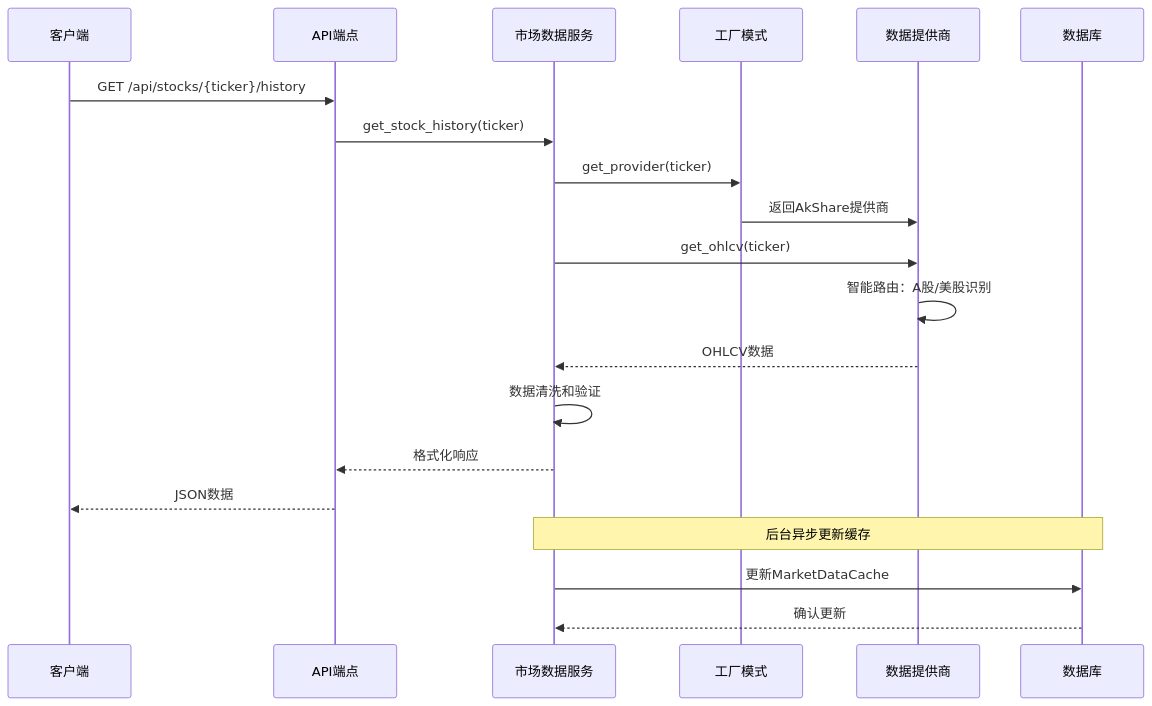
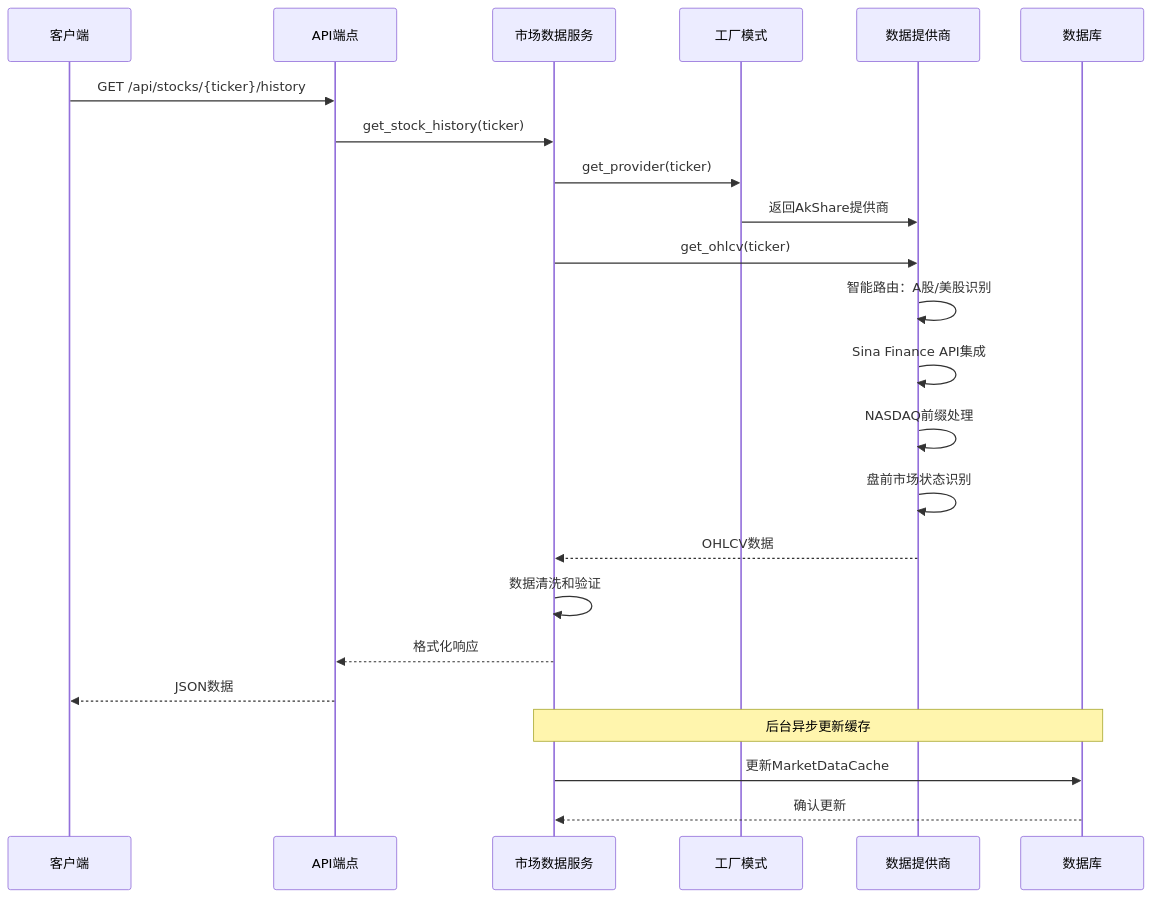
The fourth of 18 diagrams in .qoder/repowiki/zh/content/后端开发指南/业务服务实现/市场数据提供商架构.md (breeze-lyf/ai-stock-advisor), drawn with Mermaid before and after one commit. The commit also changed other lines of this file and 30 other files, not shown here.

````diff
--- a/.qoder/repowiki/zh/content/后端开发指南/业务服务实现/市场数据提供商架构.md
+++ b/.qoder/repowiki/zh/content/后端开发指南/业务服务实现/市场数据提供商架构.md
@@ -279,22 +284,25 @@
 ```mermaid
 sequenceDiagram
 participant Client as 客户端
 participant API as API端点
 participant Service as 市场数据服务
 participant Factory as 工厂模式
 participant Provider as 数据提供商
 participant DB as 数据库
 Client->>API : GET /api/stocks/{ticker}/history
 API->>Service : get_stock_history(ticker)
 Service->>Factory : get_provider(ticker)
 Factory->>Provider : 返回AkShare提供商
 Service->>Provider : get_ohlcv(ticker)
 Provider->>Provider : 智能路由：A股/美股识别
+Provider->>Provider : Sina Finance API集成
+Provider->>Provider : NASDAQ前缀处理
+Provider->>Provider : 盘前市场状态识别
 Provider-->>Service : OHLCV数据
 Service->>Service : 数据清洗和验证
 Service-->>API : 格式化响应
 API-->>Client : JSON数据
 Note over Service,DB : 后台异步更新缓存
 Service->>DB : 更新MarketDataCache
 DB-->>Service : 确认更新
 ```
````
